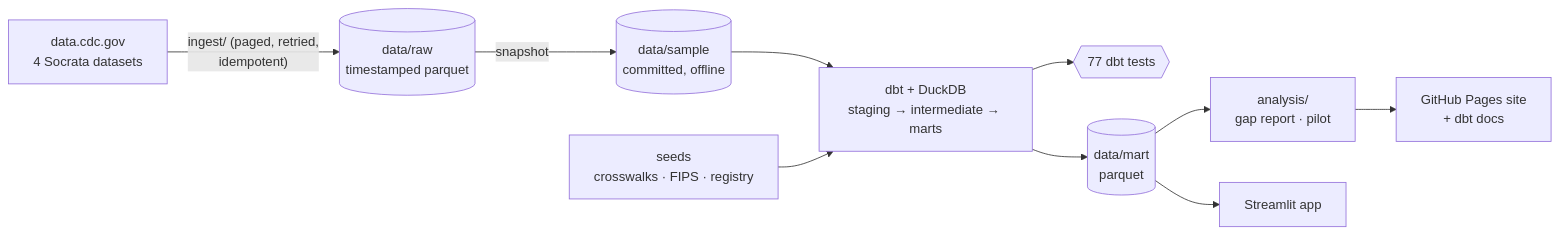
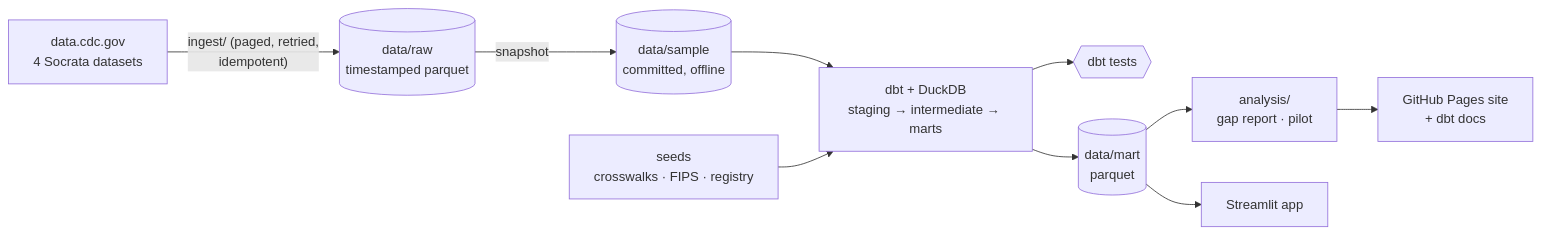
Before and after one commit to SaiKurmana/chronic-disease-surveillance-harmonization: the diagram in README.md, drawn with Mermaid. The commit also changed other lines of this file and 5 other files, not shown here.

````diff
--- a/README.md
+++ b/README.md
@@ -56,12 +56,12 @@
 ```mermaid
 flowchart LR
   A["data.cdc.gov<br/>4 Socrata datasets"] -->|"ingest/ (paged, retried,<br/>idempotent)"| B[("data/raw<br/>timestamped parquet")]
   B -->|snapshot| C[("data/sample<br/>committed, offline")]
   C --> D["dbt + DuckDB<br/>staging → intermediate → marts"]
   S["seeds<br/>crosswalks · FIPS · registry"] --> D
-  D --> T{{"77 dbt tests"}}
+  D --> T{{"dbt tests"}}
   D --> M[("data/mart<br/>parquet")]
   M --> R["analysis/<br/>gap report · pilot"]
   M --> APP["Streamlit app"]
   R --> SITE["GitHub Pages site<br/>+ dbt docs"]
 ```
````
